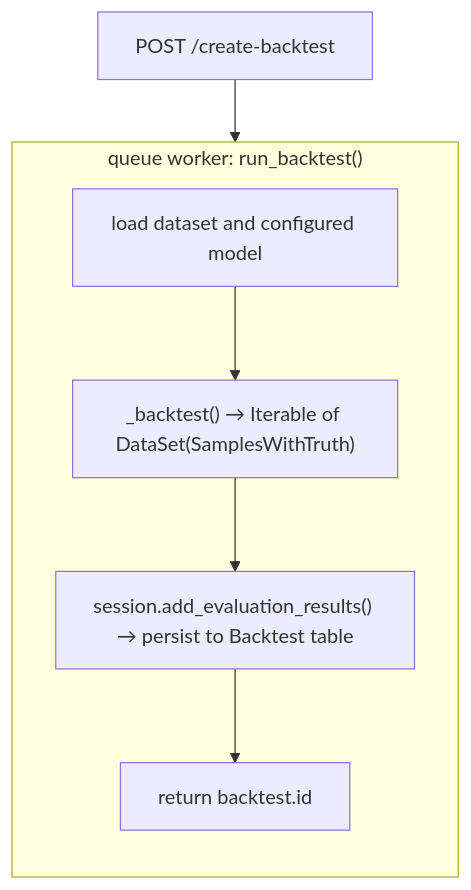
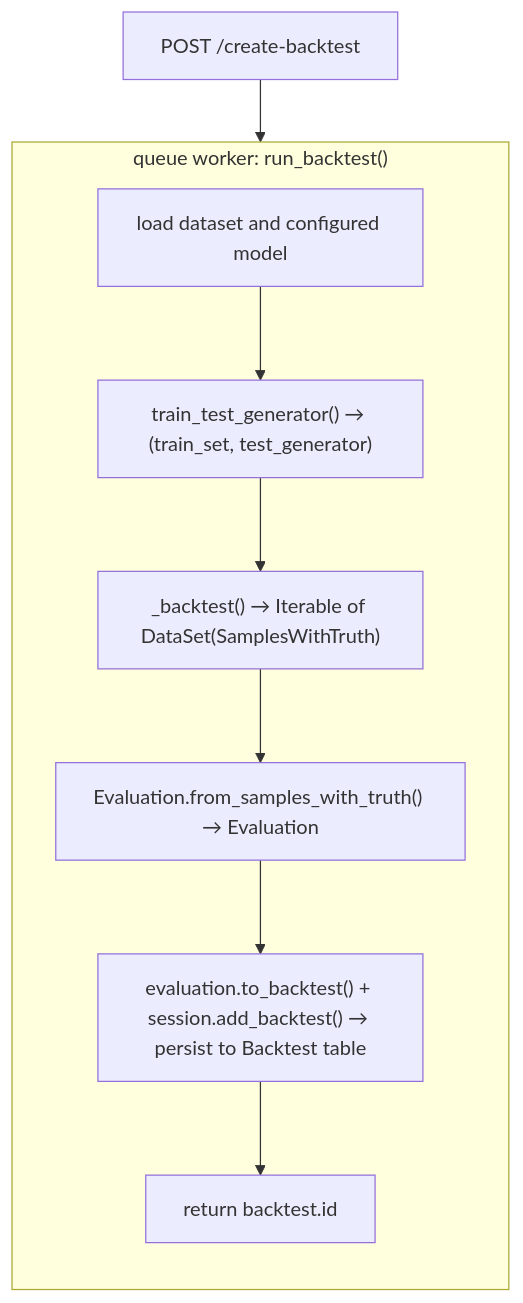
The first of 3 diagrams in docs/contributor/evaluation_abstraction.md (dhis2-chap/chap-core), drawn with Mermaid before and after one commit. The commit also changed other lines of this file and 8 other files, not shown here.

First line of the commit message:
moved train-test-generator out of backtest to Evaluation.create (#554)

````diff
--- a/docs/contributor/evaluation_abstraction.md
+++ b/docs/contributor/evaluation_abstraction.md
@@ -56,15 +56,17 @@
 ```mermaid
 flowchart TB
     Post["POST /create-backtest"]
 
     subgraph Worker["queue worker: run_backtest()"]
         direction TB
         L["load dataset and configured model"]
+        S["train_test_generator() &rarr; (train_set, test_generator)"]
         B["_backtest() &rarr; Iterable of DataSet(SamplesWithTruth)"]
-        P["session.add_evaluation_results() &rarr; persist to Backtest table"]
+        E["Evaluation.from_samples_with_truth() &rarr; Evaluation"]
+        P["evaluation.to_backtest() + session.add_backtest() &rarr; persist to Backtest table"]
         R["return backtest.id"]
-        L --> B --> P --> R
+        L --> S --> B --> E --> P --> R
     end
 
     Post --> L
 ```
````
